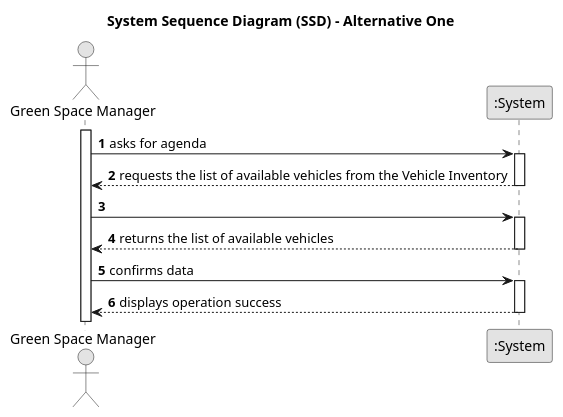
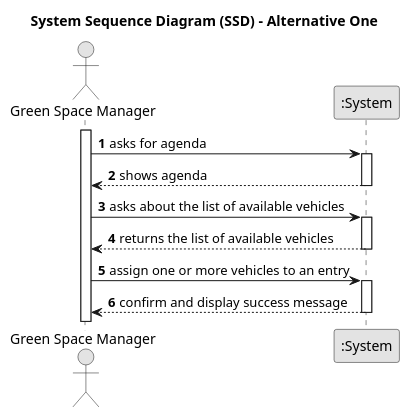
One commit to Departamento-de-Engenharia-Informatica/lei-24-s2-1dl-g121 changed the diagram in docs/sprintC/us026/01.requirements-engineering/puml/us026-system-sequence-diagram-alternative-one.puml. Above: the diagram before and after it, drawn with PlantUML.

Commit message:
SSD US026

```diff
--- a/docs/sprintC/us026/01.requirements-engineering/puml/us026-system-sequence-diagram-alternative-one.puml
+++ b/docs/sprintC/us026/01.requirements-engineering/puml/us026-system-sequence-diagram-alternative-one.puml
@@ -1,33 +1,33 @@
 @startuml
 skinparam monochrome true
 skinparam packageStyle rectangle
 skinparam shadowing false
 
 title System Sequence Diagram (SSD) - Alternative One
 
 autonumber
 
 actor "Green Space Manager" as Employee
 participant ":System" as System
 
 activate Employee
 
     Employee -> System : asks for agenda
     activate System
 
-        System --> Employee : requests the list of available vehicles from the Vehicle Inventory
+        System --> Employee : shows agenda
     deactivate System
 
-    Employee -> System :
+    Employee -> System : asks about the list of available vehicles
     activate System
 
         System --> Employee : returns the list of available vehicles
     deactivate System
 
-    Employee -> System : confirms data
+    Employee -> System : assign one or more vehicles to an entry
     activate System
 
-        System --> Employee : displays operation success
+        System --> Employee : confirm and display success message
     deactivate System
 
 @enduml
```
